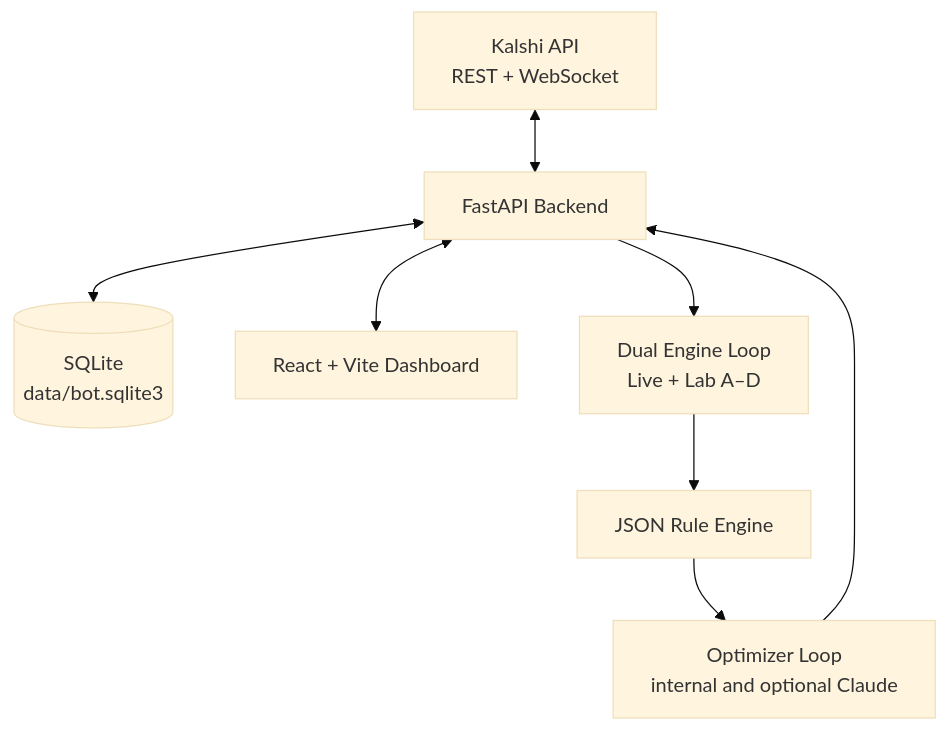
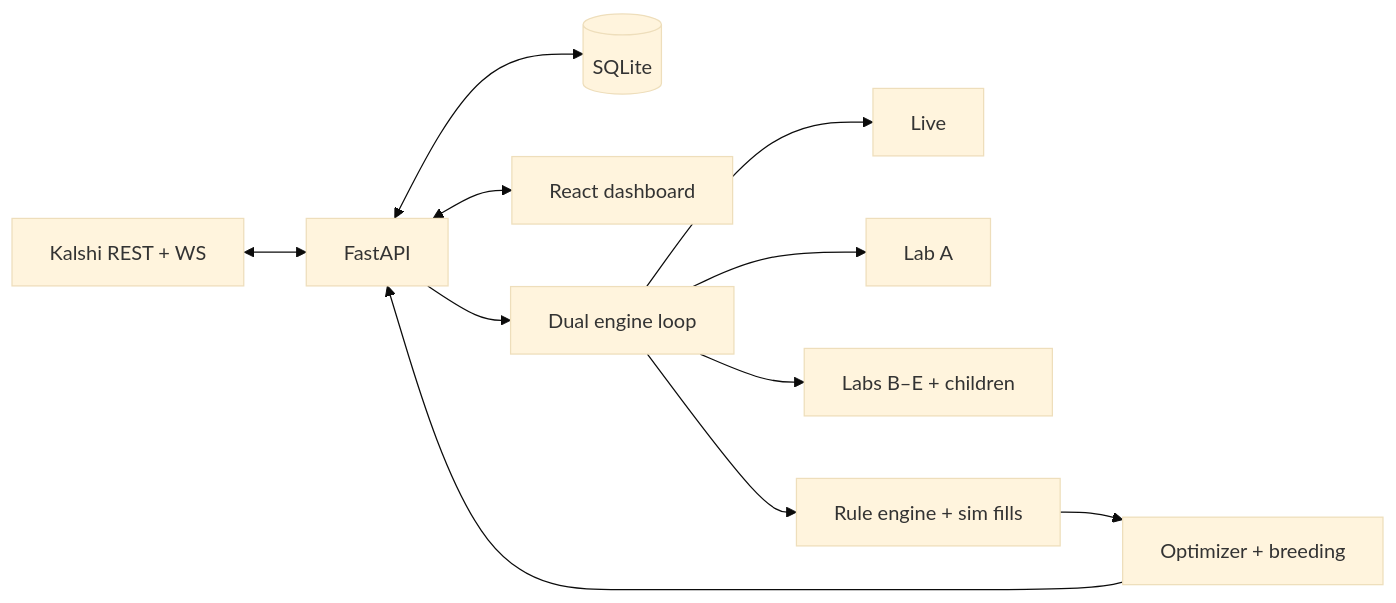
The diagram in README.md (czyzem-stack/kalshibot), drawn with Mermaid (base theme) before and after one commit. The commit also changed other lines of this file and 1 other file, not shown here.

First line of the commit message:
docs: rewrite README for clarity, Lab A–E, and operator workflow

````diff
--- a/README.md
+++ b/README.md
@@ -27,10 +24,13 @@
 ```mermaid
-graph TD
-    Kalshi[Kalshi API<br/>REST + WebSocket] <--> Backend[FastAPI Backend]
-    Backend <--> DB[(SQLite<br/>data/bot.sqlite3)]
-    Backend <--> UI[React + Vite Dashboard]
-    Backend --> Engines[Dual Engine Loop<br/>Live + Lab A–D]
-    Engines --> Rules[JSON Rule Engine]
-    Rules --> Optimizer[Optimizer Loop<br/>internal and optional Claude]
-    Optimizer --> Backend
+graph LR
+  K[Kalshi REST + WS] <--> API[FastAPI]
+  API <--> DB[(SQLite)]
+  API <--> UI[React dashboard]
+  API --> LOOP[Dual engine loop]
+  LOOP --> LIVE[Live]
+  LOOP --> A[Lab A]
+  LOOP --> BCDE[Labs B–E + children]
+  LOOP --> RULES[Rule engine + sim fills]
+  OPT[Optimizer + breeding] --> API
+  RULES --> OPT
 ```
````
